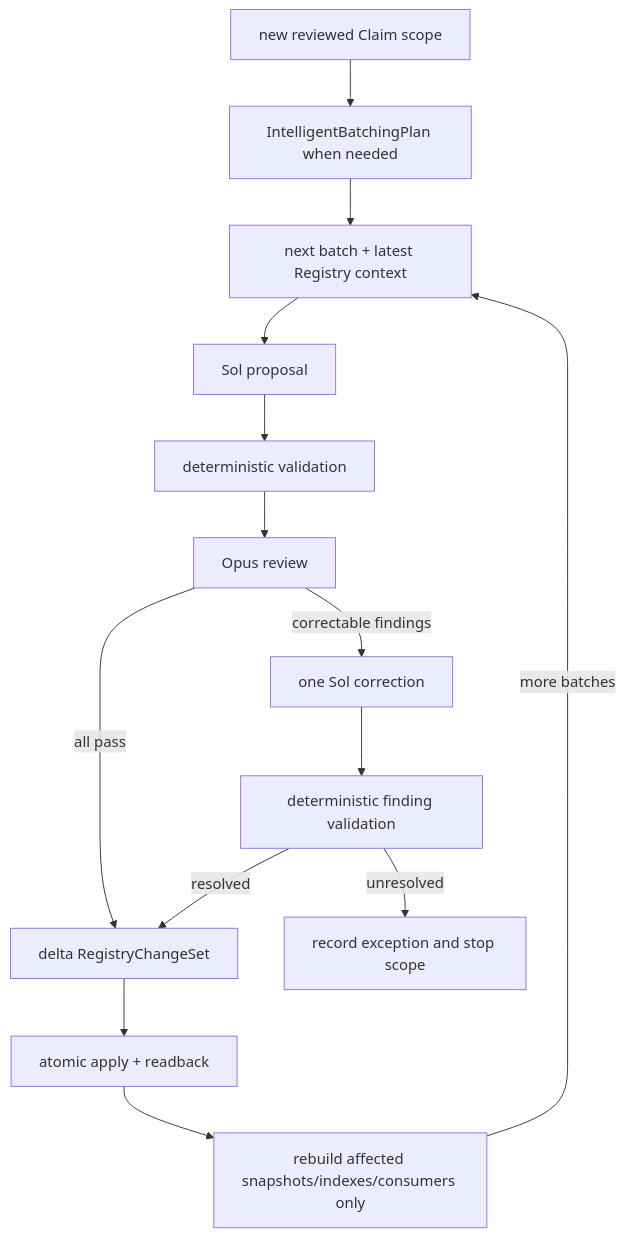
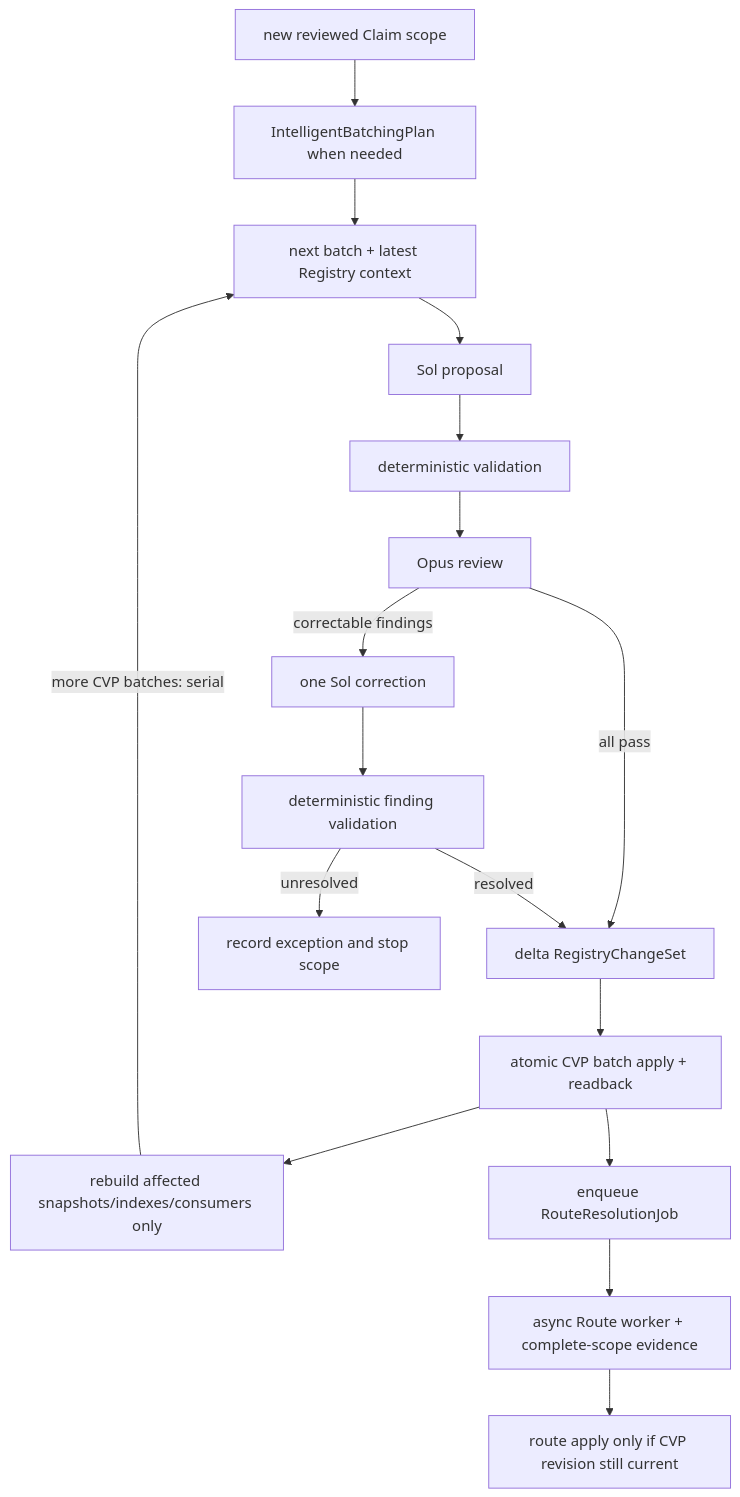
One commit to junyang168/smart-answer changed the sixth of 7 diagrams in docs/wang-knowledge-platform/canonical_viewpoint_registry_design_v1.md. Above: the diagram before and after it, drawn with Mermaid. The commit also changed other lines of this file and 2 other files, not shown here.

Commit message:
fix(wang): track route jobs and recovered batch state

````diff
--- a/docs/wang-knowledge-platform/canonical_viewpoint_registry_design_v1.md
+++ b/docs/wang-knowledge-platform/canonical_viewpoint_registry_design_v1.md
@@ -1654,16 +1686,19 @@
 ```mermaid
 flowchart TD
     S["new reviewed Claim scope"] --> B["IntelligentBatchingPlan when needed"]
     B --> N["next batch + latest Registry context"]
     N --> P["Sol proposal"]
     P --> V["deterministic validation"]
     V --> R["Opus review"]
     R -->|"all pass"| C["delta RegistryChangeSet"]
     R -->|"correctable findings"| F["one Sol correction"]
     F --> D["deterministic finding validation"]
     D -->|"resolved"| C
     D -->|"unresolved"| X["record exception and stop scope"]
-    C --> A["atomic apply + readback"]
+    C --> A["atomic CVP batch apply + readback"]
     A --> I["rebuild affected snapshots/indexes/consumers only"]
-    I -->|"more batches"| N
+    I -->|"more CVP batches: serial"| N
+    A --> Q["enqueue RouteResolutionJob"]
+    Q --> W["async Route worker + complete-scope evidence"]
+    W --> Y["route apply only if CVP revision still current"]
 ```
````
